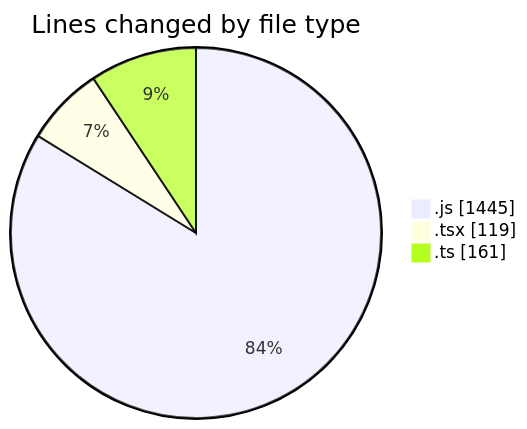
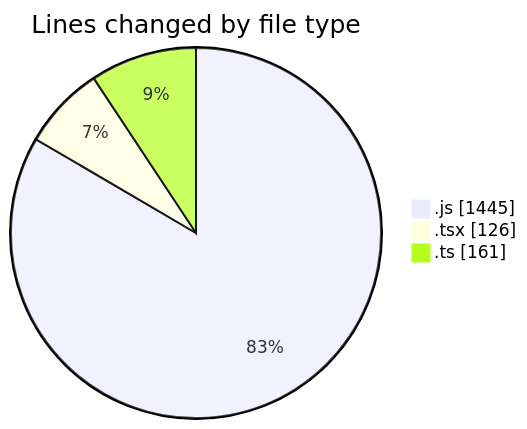
The first of 2 diagrams in 2025-03-13/cda/README.md (momahboobian/code-tracking), drawn with Mermaid before and after one commit. The commit also changed other lines of this file and 1 other file, not shown here.

````diff
--- a/2025-03-13/cda/README.md
+++ b/2025-03-13/cda/README.md
@@ -28,7 +28,7 @@
 ```mermaid
 pie showData
 title Lines changed by file type
 ".js" : 1445
-".tsx" : 119
+".tsx" : 126
 ".ts" : 161
 ```
````
